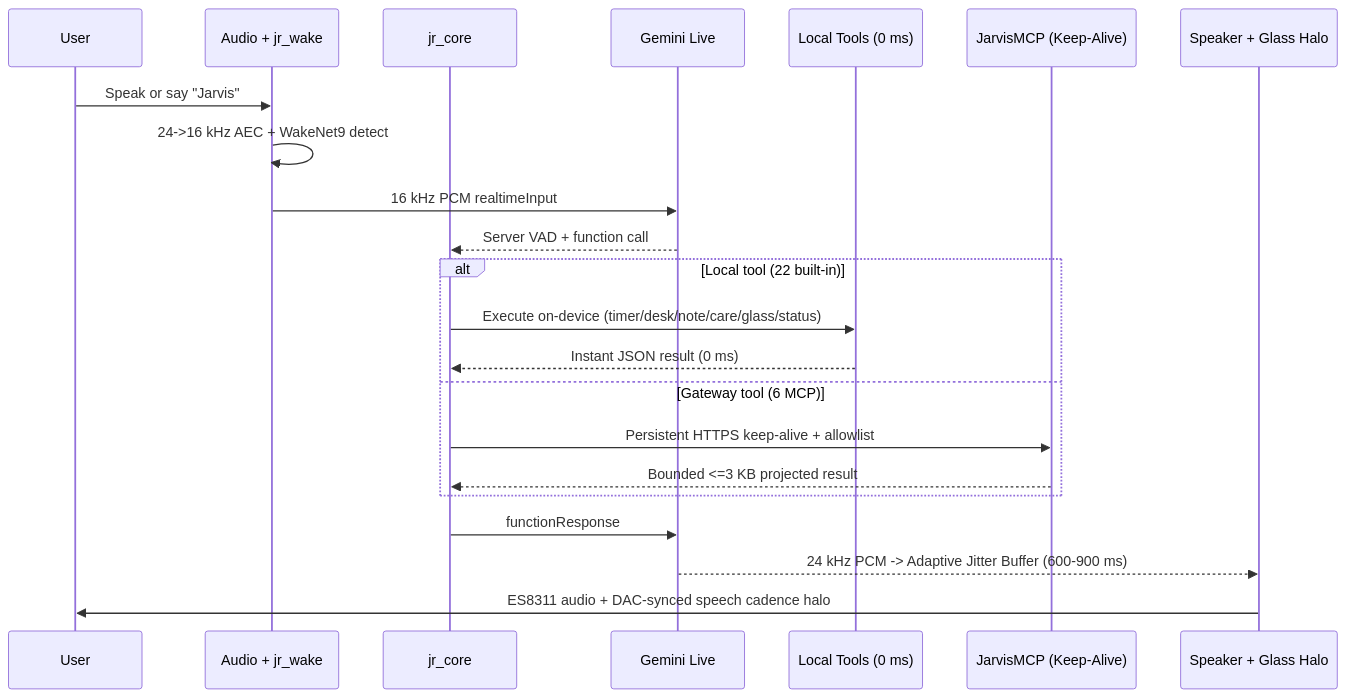
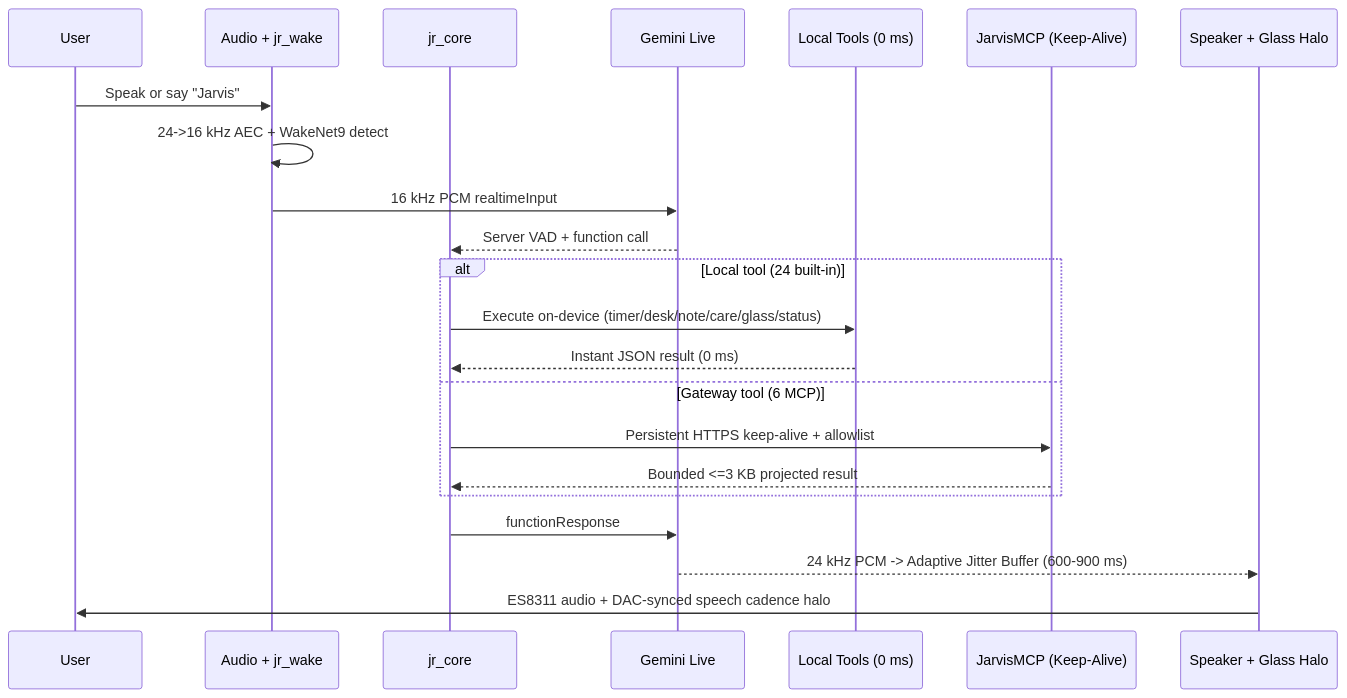
The second of 3 diagrams in README.md (PascalAI2024/JarvisNano), drawn with Mermaid before and after one commit. The commit also changed other lines of this file, not shown here.

````diff
--- a/README.md
+++ b/README.md
@@ -135,25 +136,25 @@
 ```mermaid
 sequenceDiagram
     participant U as User
     participant A as Audio + jr_wake
     participant C as jr_core
     participant G as Gemini Live
     participant L as Local Tools (0 ms)
     participant M as JarvisMCP (Keep-Alive)
     participant D as Speaker + Glass Halo
 
     U->>A: Speak or say "Jarvis"
     A->>A: 24->16 kHz AEC + WakeNet9 detect
     A->>G: 16 kHz PCM realtimeInput
     G-->>C: Server VAD + function call
-    alt Local tool (22 built-in)
+    alt Local tool (24 built-in)
         C->>L: Execute on-device (timer/desk/note/care/glass/status)
         L-->>C: Instant JSON result (0 ms)
     else Gateway tool (6 MCP)
         C->>M: Persistent HTTPS keep-alive + allowlist
         M-->>C: Bounded <=3 KB projected result
     end
     C->>G: functionResponse
     G-->>D: 24 kHz PCM -> Adaptive Jitter Buffer (600-900 ms)
     D->>U: ES8311 audio + DAC-synced speech cadence halo
 ```
````
